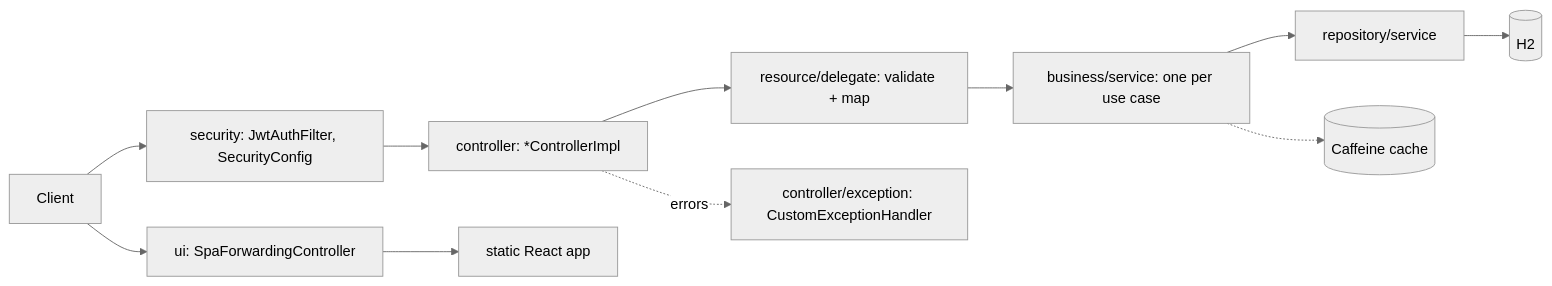
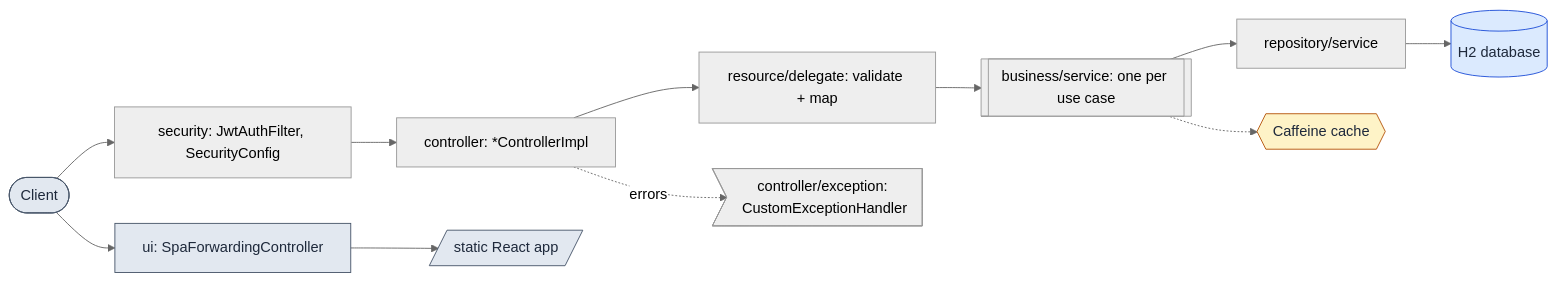
The first of 2 diagrams in docs/architecture.md (IsakovEduard/TodoApp), drawn with Mermaid (neutral theme) before and after one commit. The commit also changed other lines of this file, not shown here.

Commit message:
DOCS: Use distinct Mermaid shapes for database, cache and services in architecture diagrams

````diff
--- a/docs/architecture.md
+++ b/docs/architecture.md
@@ -7,12 +7,26 @@
 ```mermaid
 flowchart LR
-    Client --> SEC[security: JwtAuthFilter, SecurityConfig]
-    SEC --> C[controller: *ControllerImpl]
-    C --> D[resource/delegate: validate + map]
-    D --> S[business/service: one per use case]
-    S --> R[repository/service]
-    R --> DB[(H2)]
-    S -.-> K[(Caffeine cache)]
-    C -.errors.-> EH[controller/exception: CustomExceptionHandler]
-    Client --> UI[ui: SpaForwardingController] --> SPA[static React app]
+    Client([Client])
+    SEC[security: JwtAuthFilter, SecurityConfig]
+    C[controller: *ControllerImpl]
+    D[resource/delegate: validate + map]
+    S[[business/service: one per use case]]
+    R[repository/service]
+    DB[(H2 database)]
+    K{{Caffeine cache}}
+    EH>controller/exception: CustomExceptionHandler]
+    UI[ui: SpaForwardingController]
+    SPA[/static React app/]
+
+    Client --> SEC --> C --> D --> S --> R --> DB
+    S -.-> K
+    C -.errors.-> EH
+    Client --> UI --> SPA
+
+    classDef store fill:#dbeafe,stroke:#1d4ed8,color:#1e293b;
+    classDef cache fill:#fef3c7,stroke:#b45309,color:#1e293b;
+    classDef edge fill:#e2e8f0,stroke:#475569,color:#1e293b;
+    class DB store;
+    class K cache;
+    class Client,SPA,UI edge;
 ```
````
